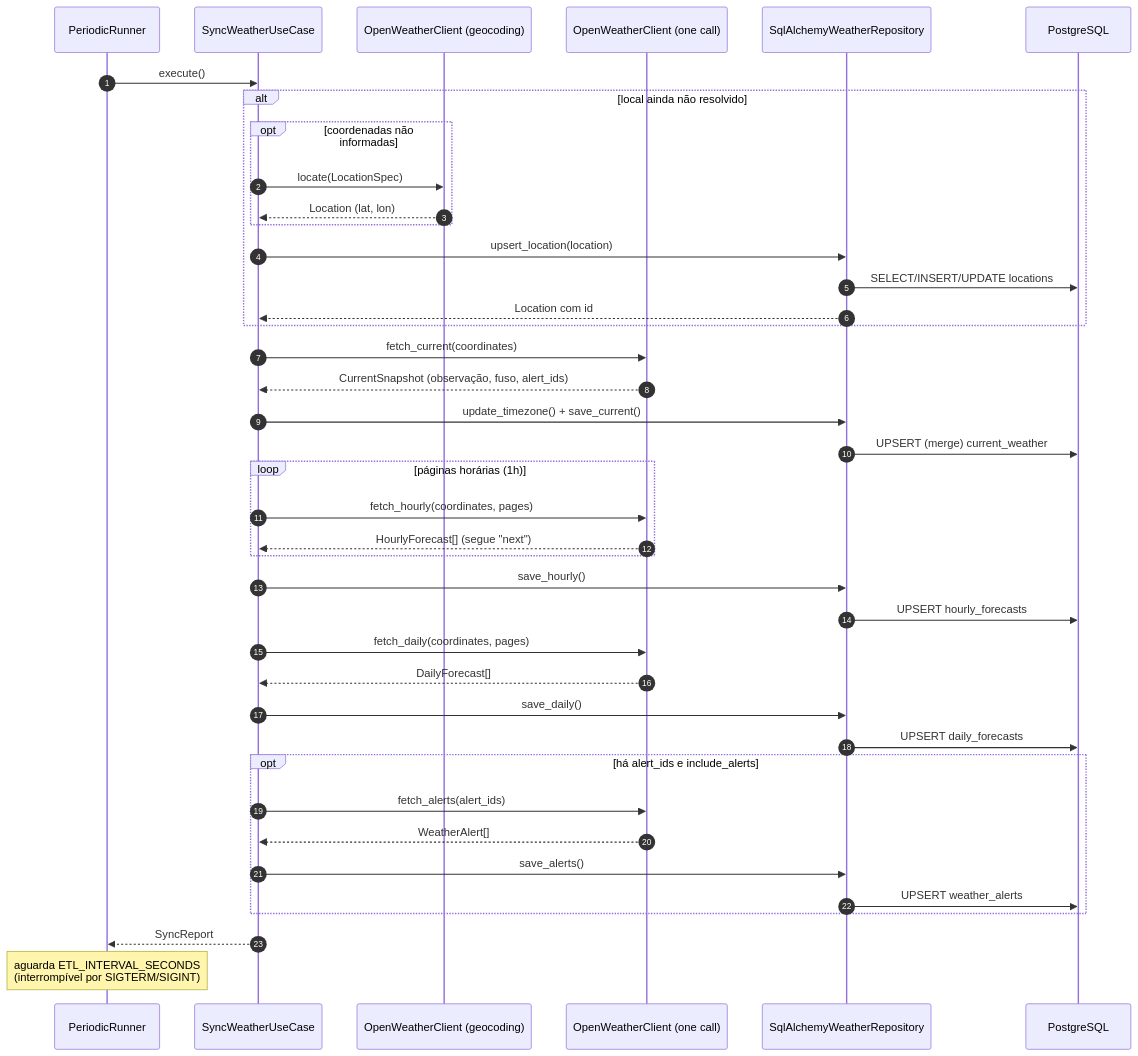
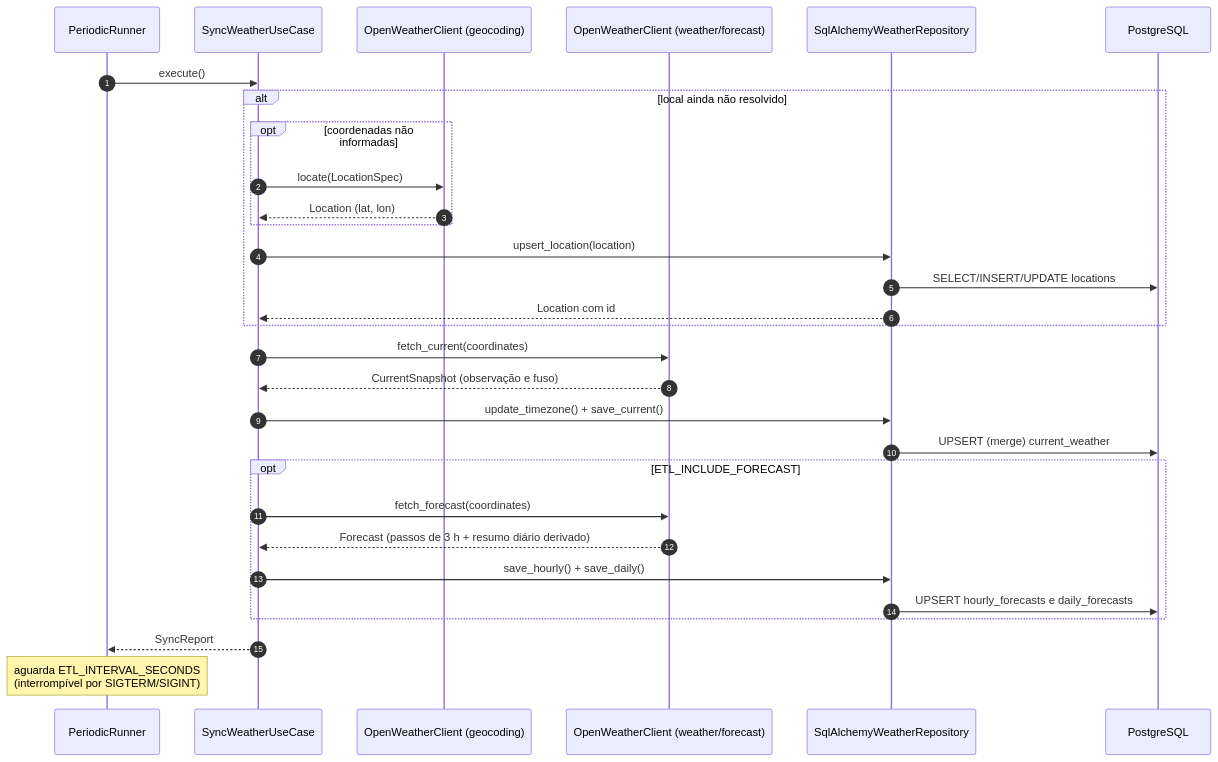
Before and after one commit to lwglg/pyweather: the diagram in docs/md/diagramas/sequencia-etl.mmd, drawn with Mermaid. The commit also changed 13 other files, not shown here.

```diff
--- a/docs/md/diagramas/sequencia-etl.mmd
+++ b/docs/md/diagramas/sequencia-etl.mmd
@@ -1,41 +1,31 @@
 sequenceDiagram
     autonumber
     participant R as PeriodicRunner
     participant U as SyncWeatherUseCase
     participant G as OpenWeatherClient (geocoding)
-    participant P as OpenWeatherClient (one call)
+    participant P as OpenWeatherClient (weather/forecast)
     participant Repo as SqlAlchemyWeatherRepository
     participant DB as PostgreSQL
 
     R->>U: execute()
     alt local ainda não resolvido
         opt coordenadas não informadas
             U->>G: locate(LocationSpec)
             G-->>U: Location (lat, lon)
         end
         U->>Repo: upsert_location(location)
         Repo->>DB: SELECT/INSERT/UPDATE locations
         Repo-->>U: Location com id
     end
     U->>P: fetch_current(coordinates)
-    P-->>U: CurrentSnapshot (observação, fuso, alert_ids)
+    P-->>U: CurrentSnapshot (observação e fuso)
     U->>Repo: update_timezone() + save_current()
     Repo->>DB: UPSERT (merge) current_weather
-    loop páginas horárias (1h)
-        U->>P: fetch_hourly(coordinates, pages)
-        P-->>U: HourlyForecast[] (segue "next")
-    end
-    U->>Repo: save_hourly()
-    Repo->>DB: UPSERT hourly_forecasts
-    U->>P: fetch_daily(coordinates, pages)
-    P-->>U: DailyForecast[]
-    U->>Repo: save_daily()
-    Repo->>DB: UPSERT daily_forecasts
-    opt há alert_ids e include_alerts
-        U->>P: fetch_alerts(alert_ids)
-        P-->>U: WeatherAlert[]
-        U->>Repo: save_alerts()
-        Repo->>DB: UPSERT weather_alerts
+    opt ETL_INCLUDE_FORECAST
+        U->>P: fetch_forecast(coordinates)
+        P-->>U: Forecast (passos de 3 h + resumo diário derivado)
+        U->>Repo: save_hourly() + save_daily()
+        Repo->>DB: UPSERT hourly_forecasts e daily_forecasts
     end
     U-->>R: SyncReport
     Note over R: aguarda ETL_INTERVAL_SECONDS<br/>(interrompível por SIGTERM/SIGINT)
```
